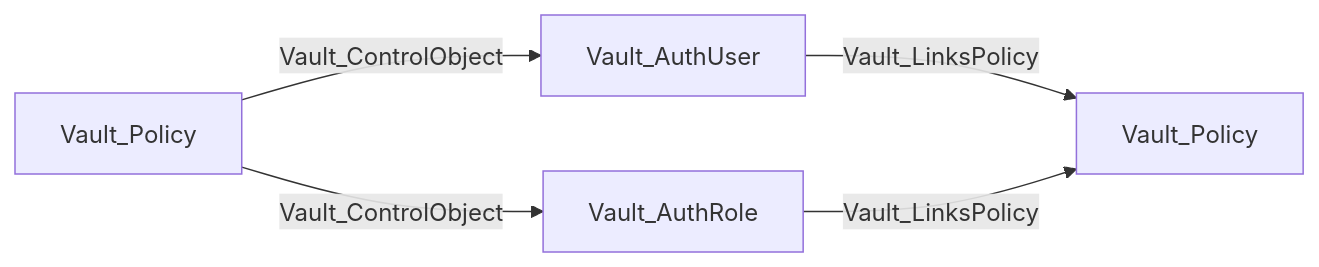
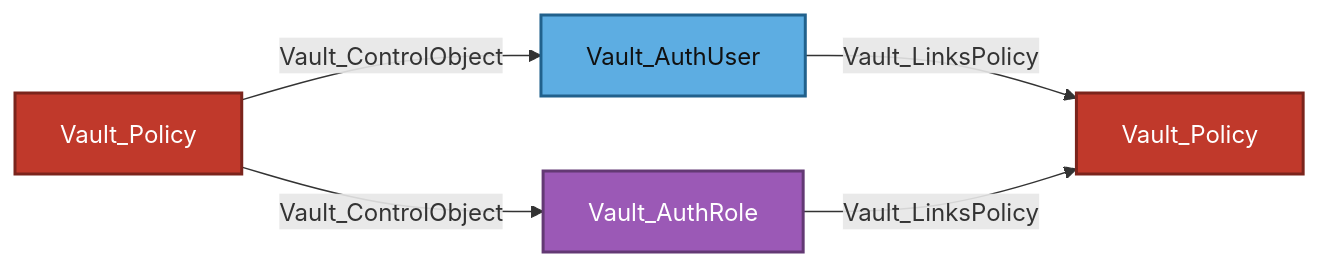
The fourth of 28 diagrams in Documentation/stores/AUTH.md (bytewreck/opengraph-vault), drawn with Mermaid before and after one commit. The commit also changed other lines of this file, not shown here.

````diff
--- a/Documentation/stores/AUTH.md
+++ b/Documentation/stores/AUTH.md
@@ -166,7 +187,11 @@
 ```mermaid
 flowchart LR
-    authority[Vault_Policy] -->|Vault_ControlObject| AU[Vault_AuthUser]
-    authority -->|Vault_ControlObject| AR[Vault_AuthRole]
-    AU -->|Vault_LinksPolicy| granted[Vault_Policy]
+    authority[Vault_Policy]:::policyNode -->|Vault_ControlObject| AU[Vault_AuthUser]:::authUserNode
+    authority -->|Vault_ControlObject| AR[Vault_AuthRole]:::authRoleNode
+    AU -->|Vault_LinksPolicy| granted[Vault_Policy]:::policyNode
     AR -->|Vault_LinksPolicy| granted
+
+    classDef policyNode fill:#C0392B,color:#fff,stroke:#7B241C,stroke-width:2px
+    classDef authUserNode fill:#5DADE2,color:#111,stroke:#21618C,stroke-width:2px
+    classDef authRoleNode fill:#9B59B6,color:#fff,stroke:#633974,stroke-width:2px
 ```
````
